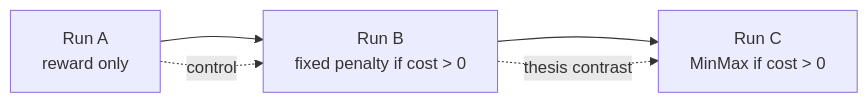
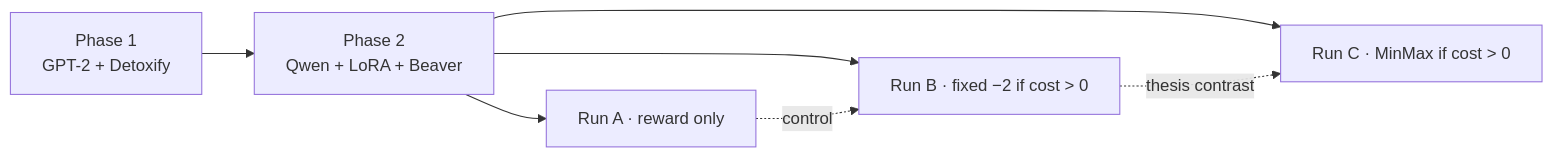
The diagram in docs/book/README.md (wendymaboa/Safe-RL-MinMax), drawn with Mermaid before and after one commit. The commit also changed other lines of this file and 21 other files, not shown here.

````diff
--- a/docs/book/README.md
+++ b/docs/book/README.md
@@ -19,7 +19,9 @@
 ```mermaid
 flowchart LR
-  A["Run A<br/>reward only"] --> B["Run B<br/>fixed penalty if cost > 0"]
-  B --> C["Run C<br/>MinMax if cost > 0"]
+  P1[Phase 1<br/>GPT-2 + Detoxify] --> P2[Phase 2<br/>Qwen + LoRA + Beaver]
+  P2 --> A["Run A · reward only"]
+  P2 --> B["Run B · fixed −2 if cost > 0"]
+  P2 --> C["Run C · MinMax if cost > 0"]
   A -. control .-> B
   B -. thesis contrast .-> C
 ```
````
